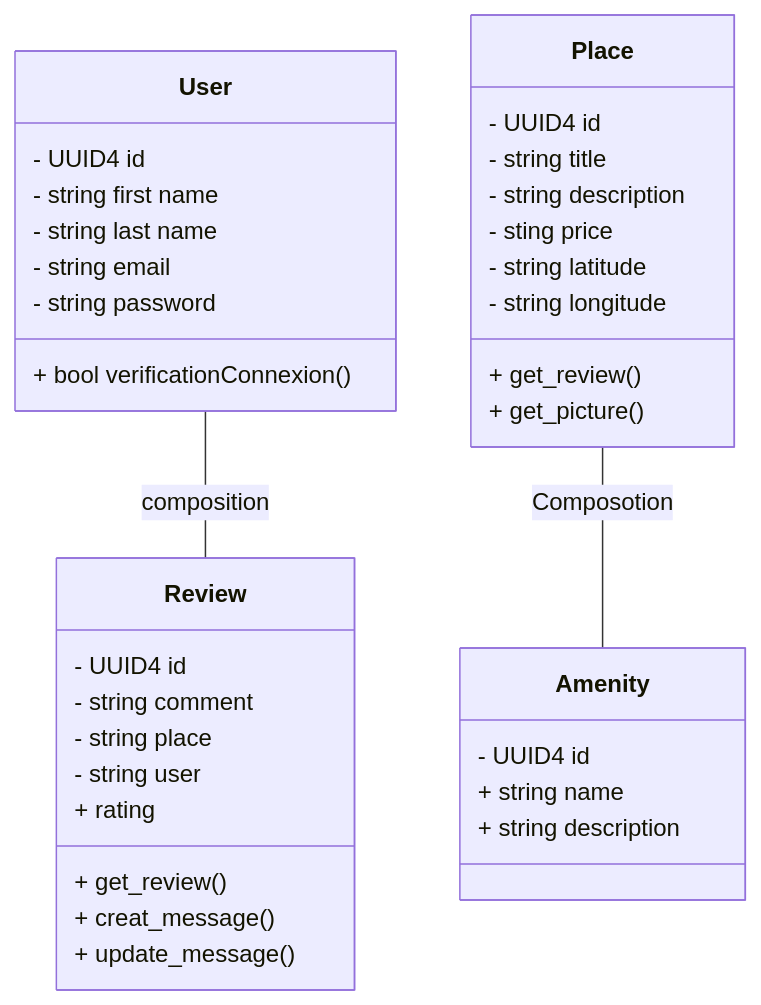
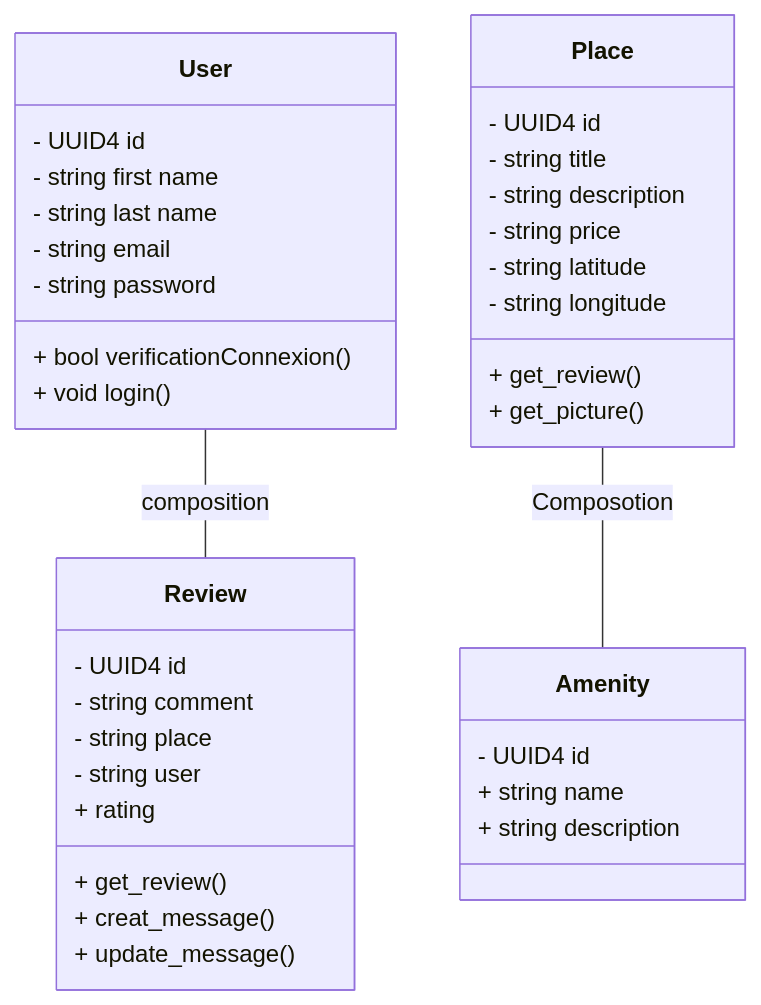
One commit to scotty800/holbertonschool-hbnb changed the diagram in part1/task_01/task_O1.mermaid. Above: the diagram before and after it, drawn with Mermaid.

Commit message:
add some methode on user

```diff
--- a/part1/task_01/task_O1.mermaid
+++ b/part1/task_01/task_O1.mermaid
@@ -1,42 +1,43 @@
 classDiagram
     class User {
     - UUID4 id
     - string first name
     - string last name
     - string email
     - string password
     + bool verificationConnexion()
+    + void login()
 }
     class Review {
     - UUID4 id
     - string comment
     - string place
     - string user
     + rating
     + get_review()
     + creat_message()
     + update_message()
 }
 
 User -- Review : composition
 
 class Place {
     - UUID4 id
     - string title
     - string description
-    - sting price
+    - string price
     - string latitude
     - string longitude
     + get_review()
     + get_picture()
 
 }
 
 class Amenity {
     - UUID4 id
     + string name
     + string description
 
 }
 
 Place -- Amenity : Composotion
```
